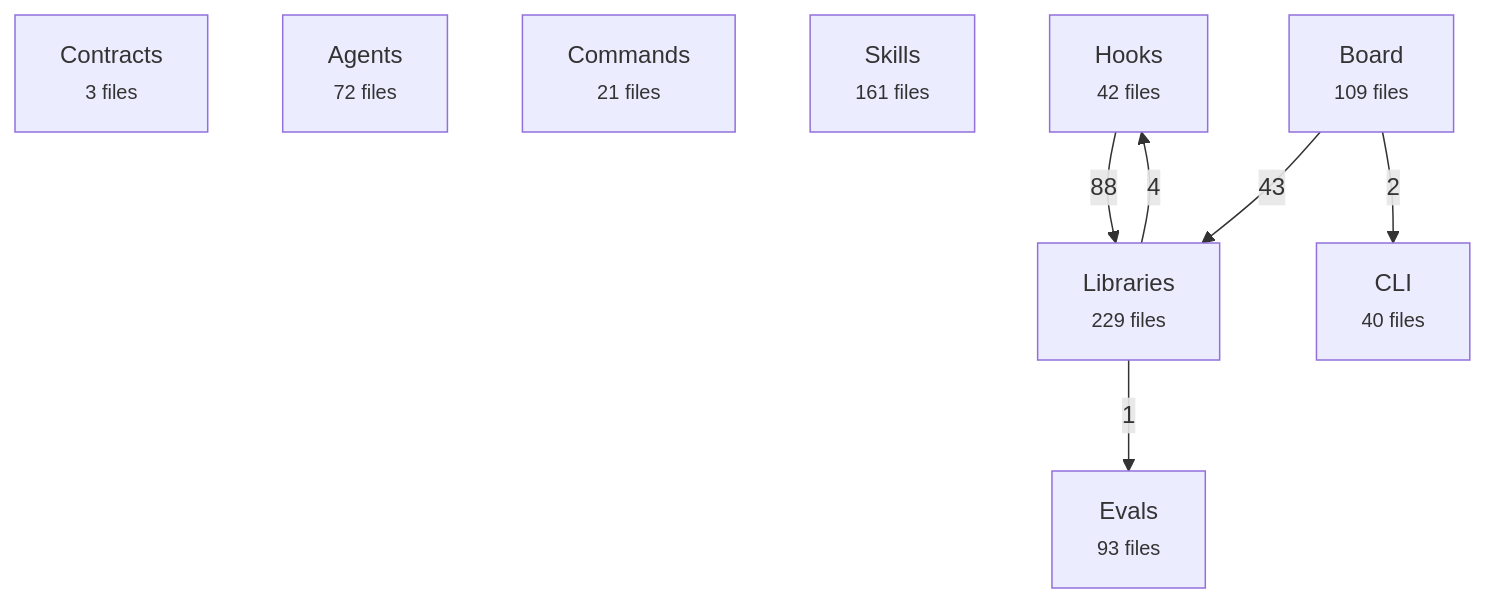
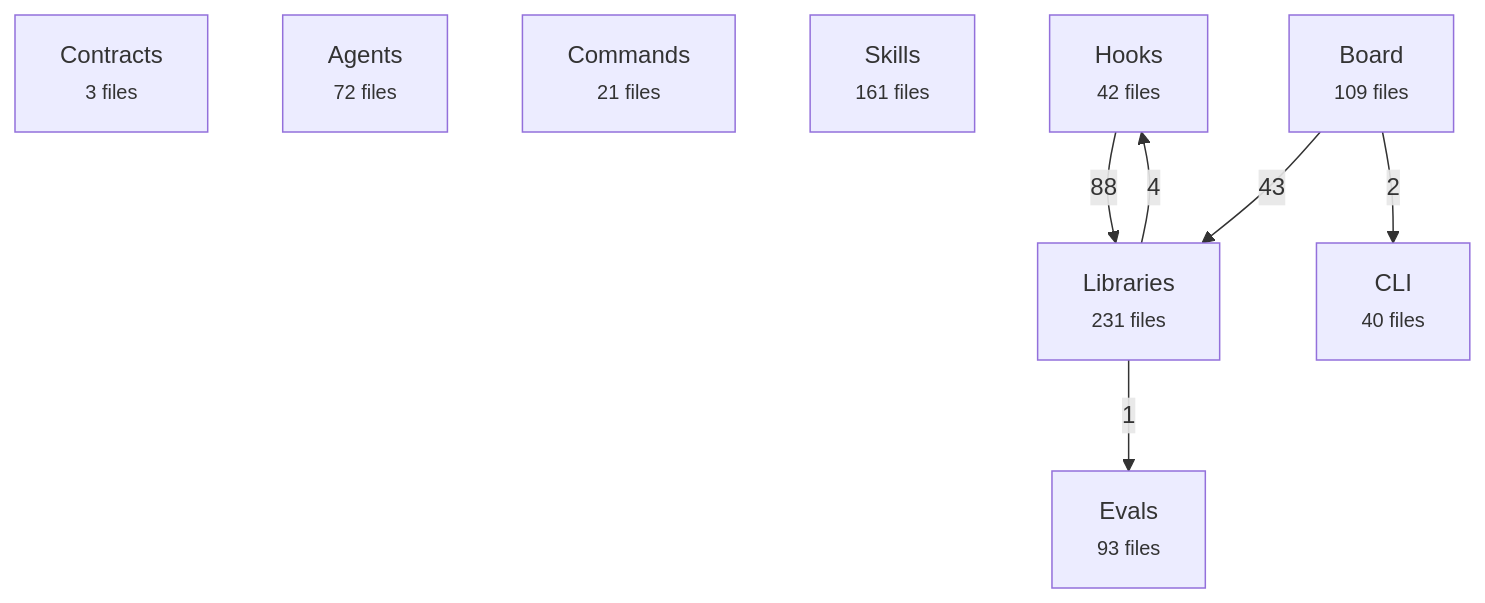
Before and after one commit to avelikiy/great_cto: the first of 2 diagrams in docs/reference/architecture-map.md, drawn with Mermaid. The commit also changed other lines of this file and 8 other files, not shown here.

````diff
--- a/docs/reference/architecture-map.md
+++ b/docs/reference/architecture-map.md
@@ -20,17 +20,17 @@
 ```mermaid
 flowchart TD
   contracts["Contracts<br/><small>3 files</small>"]
   agents["Agents<br/><small>72 files</small>"]
   commands["Commands<br/><small>21 files</small>"]
   skills["Skills<br/><small>161 files</small>"]
   hooks["Hooks<br/><small>42 files</small>"]
-  libs["Libraries<br/><small>229 files</small>"]
+  libs["Libraries<br/><small>231 files</small>"]
   board["Board<br/><small>109 files</small>"]
   cli["CLI<br/><small>40 files</small>"]
   evals["Evals<br/><small>93 files</small>"]
   hooks -->|88| libs
   board -->|43| libs
   libs -->|4| hooks
   board -->|2| cli
   libs -->|1| evals
 ```
````
